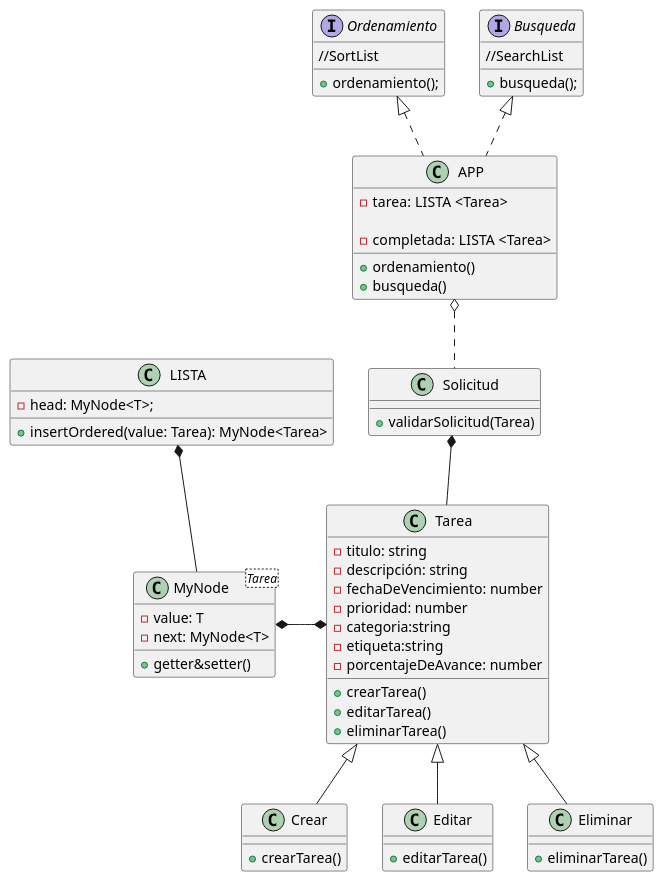
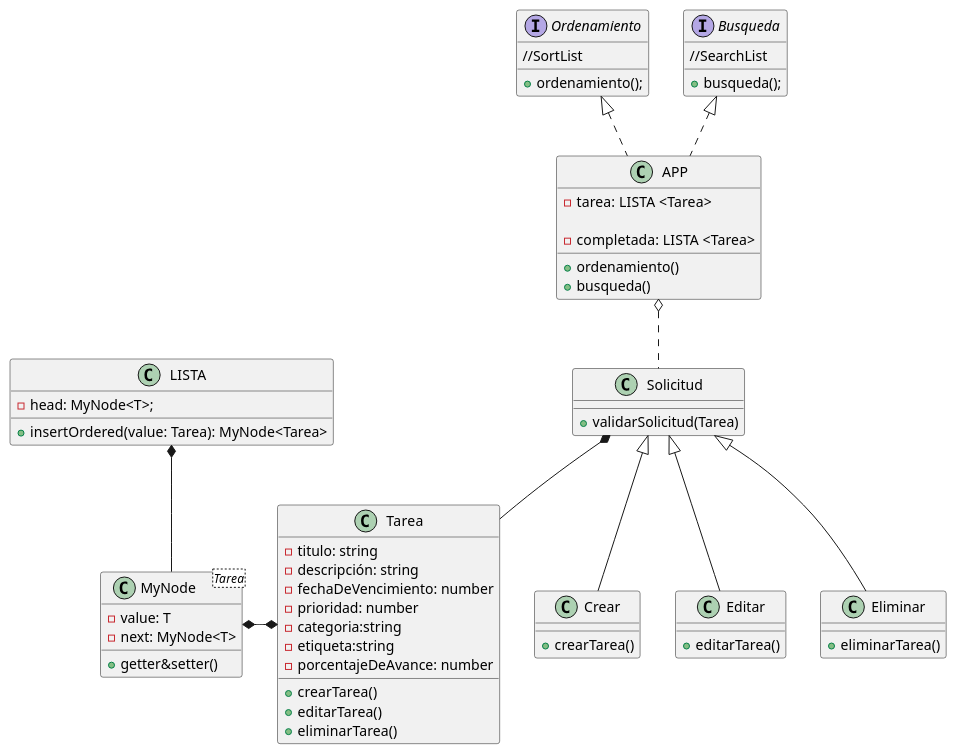
The diagram in Diagram/Diagrama.puml (LucasFrey-tech/TODO-LIST), drawn with PlantUML before and after one commit. The commit also changed other lines of this file and 4 other files, not shown here.

```diff
--- a/Diagram/Diagrama.puml
+++ b/Diagram/Diagrama.puml
@@ -1,79 +1,79 @@
 @startuml TaskerApp
 
 class APP{
     - tarea: LISTA <Tarea>
 
     - completada: LISTA <Tarea>
     
     + ordenamiento()
     + busqueda()
 }
 
 class Solicitud {
     + validarSolicitud(Tarea)
 }
 
 'ver si es clase abstracta o anormal
 
 class Tarea{
     - titulo: string
     - descripción: string
     - fechaDeVencimiento: number
     - prioridad: number
     - categoria:string
     - etiqueta:string
     - porcentajeDeAvance: number
 
     +crearTarea()
     +editarTarea()
     +eliminarTarea()
 
 }
 
-class Crear extends Tarea{
+class Crear extends Solicitud{
     + crearTarea()
 }
 
-class Editar extends Tarea{
+class Editar extends Solicitud{
     + editarTarea()
 }
 
-class Eliminar extends Tarea{
+class Eliminar extends Solicitud{
     + eliminarTarea()
 }
 
 interface Busqueda{
     + busqueda();
         //SearchList
 
 }
 
 interface Ordenamiento{
     + ordenamiento();
         //SortList
 }
 
 class LISTA{
     - head: MyNode<T>;
     + insertOrdered(value: Tarea): MyNode<Tarea>
 }
 
 class MyNode<Tarea>{
     - value: T
     - next: MyNode<T>
 
     + getter&setter()
 
 }
 
 APP o.. Solicitud
 APP .u.|> Busqueda
 APP .u.|> Ordenamiento
 
 Solicitud *-d- Tarea
 
 LISTA *-- MyNode
 
 Tarea *-l-* MyNode
 
 @enduml
```
